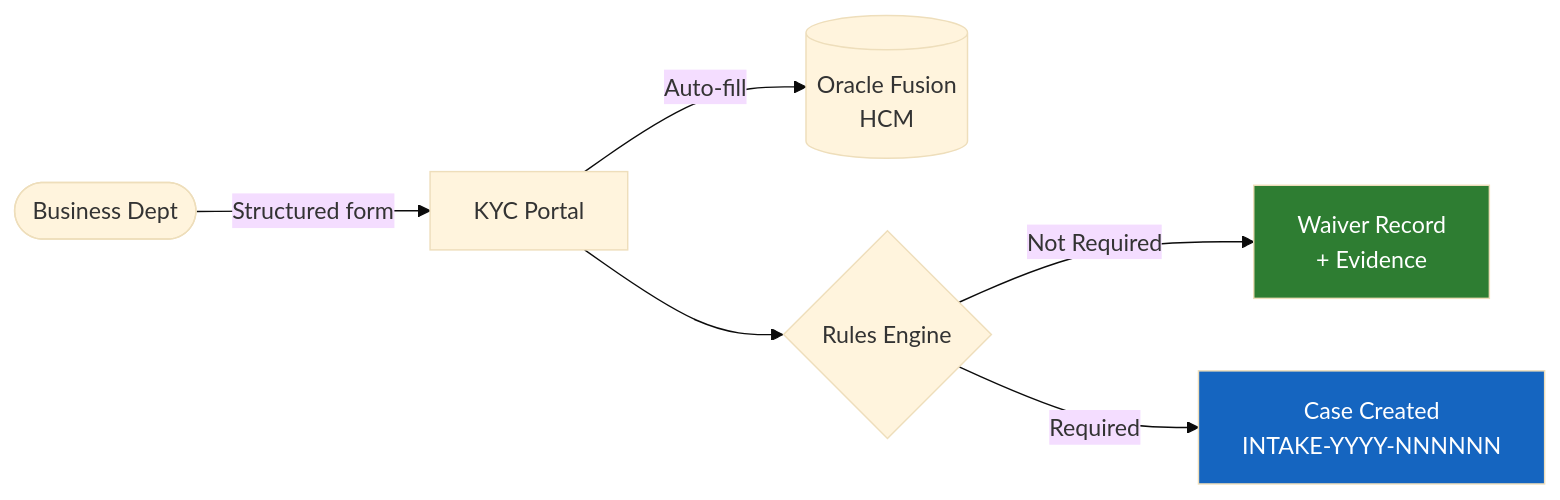
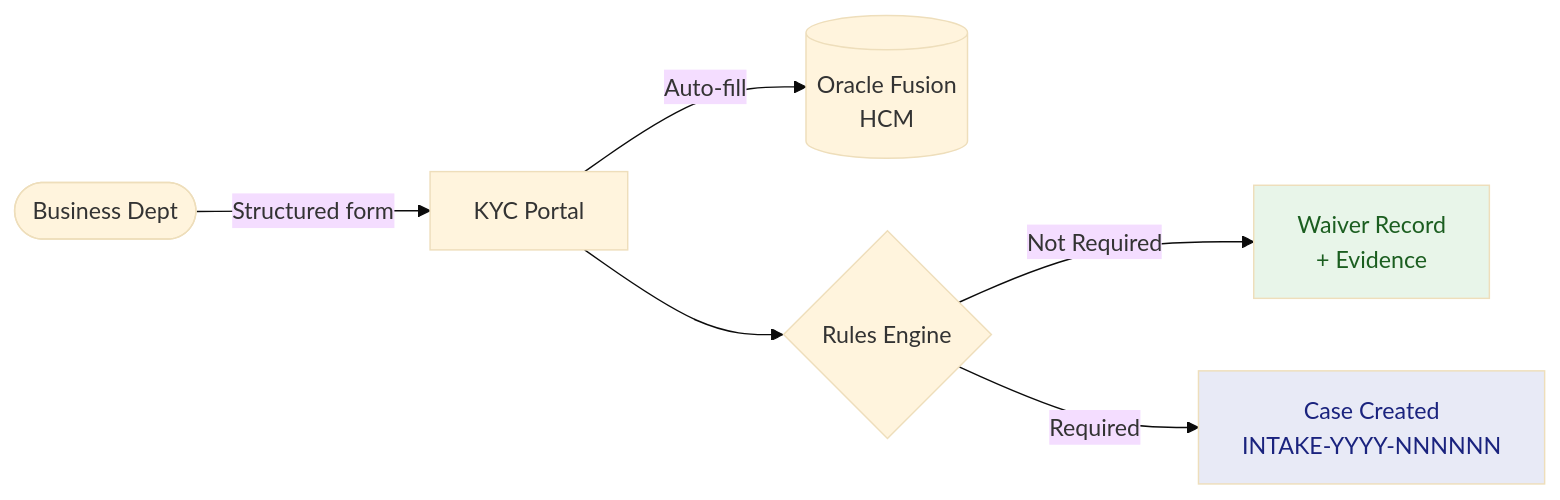
One commit to mazharr-hussain/KycReport changed the second of 8 diagrams in docs/diagrams/best-practice-e2e.md. Above: the diagram before and after it, drawn with Mermaid (base theme). The commit also changed other lines of this file and 7 other files, not shown here.

First line of the commit message:
Switch all diagrams to light pastel palette with dark text

````diff
--- a/docs/diagrams/best-practice-e2e.md
+++ b/docs/diagrams/best-practice-e2e.md
@@ -44,11 +44,11 @@
 ```mermaid
 flowchart LR
     DEPT([Business Dept]) -->|Structured form| PORTAL[KYC Portal]
     PORTAL -->|Auto-fill| FUSION[(Oracle Fusion\nHCM)]
     PORTAL --> RULES{Rules Engine}
     RULES -->|Not Required| WAIVER[Waiver Record\n+ Evidence]
     RULES -->|Required| CASE[Case Created\nINTAKE-YYYY-NNNNNN]
 
-    style WAIVER fill:#2E7D32,color:#fff
-    style CASE fill:#1565C0,color:#fff
+    style WAIVER fill:#E8F5E9,color:#1B5E20
+    style CASE fill:#E8EAF6,color:#1A237E
 ```
````
